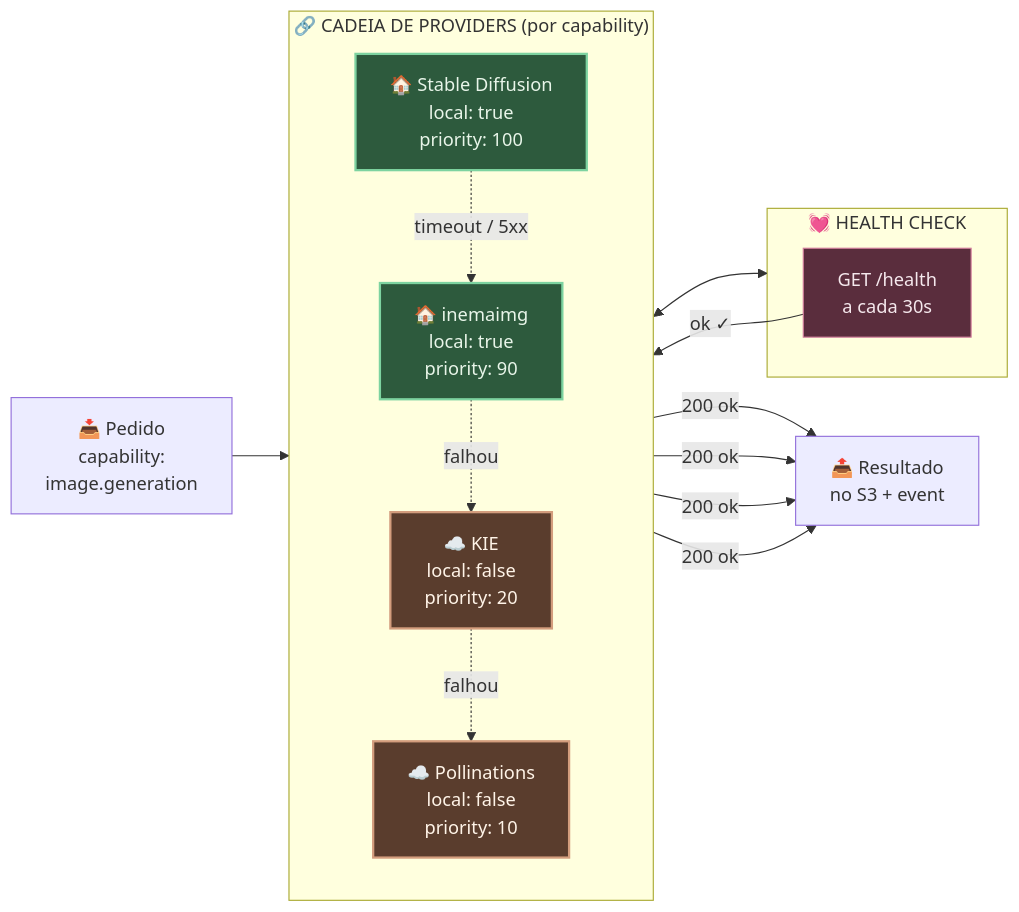
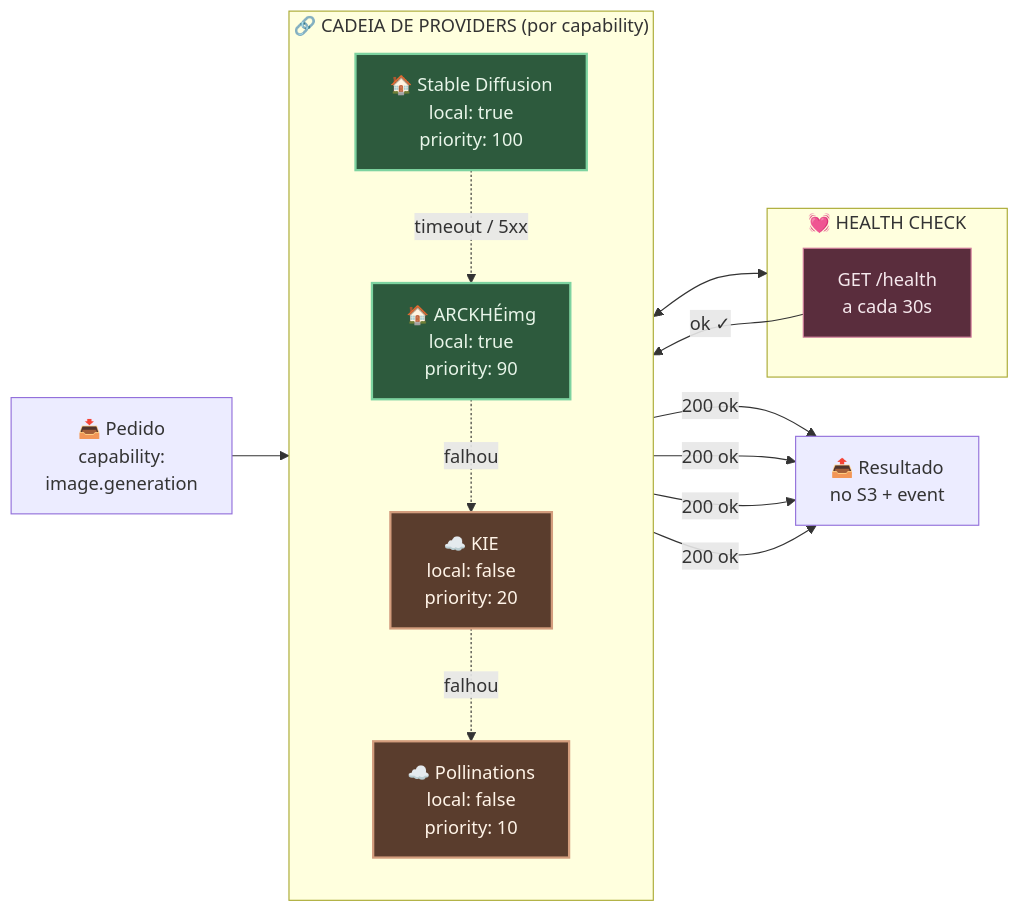
The diagram in doc/diagrams/02-provider-chain.mmd (linnoff88-dev/arckhe-imkt5), drawn with Mermaid before and after one commit. The commit also changed 100 other files, not shown here.

```diff
--- a/doc/diagrams/02-provider-chain.mmd
+++ b/doc/diagrams/02-provider-chain.mmd
@@ -1,36 +1,36 @@
 flowchart LR
     Req["📥 Pedido<br/>capability:<br/>image.generation"]
 
     subgraph Chain["🔗 CADEIA DE PROVIDERS (por capability)"]
         direction TB
         P1["🏠 Stable Diffusion<br/>local: true<br/>priority: 100"]
-        P2["🏠 inemaimg<br/>local: true<br/>priority: 90"]
+        P2["🏠 ARCKHÉimg<br/>local: true<br/>priority: 90"]
         P3["☁️ KIE<br/>local: false<br/>priority: 20"]
         P4["☁️ Pollinations<br/>local: false<br/>priority: 10"]
     end
 
     subgraph HC["💓 HEALTH CHECK"]
         H["GET /health<br/>a cada 30s"]
     end
 
     Out["📤 Resultado<br/>no S3 + event"]
 
     Req --> Chain
     Chain <--> HC
 
     H -->|"ok ✓"| P1
     P1 -->|"200 ok"| Out
     P1 -.->|"timeout / 5xx"| P2
     P2 -->|"200 ok"| Out
     P2 -.->|"falhou"| P3
     P3 -->|"200 ok"| Out
     P3 -.->|"falhou"| P4
     P4 -->|"200 ok"| Out
 
     classDef local fill:#2d5a3d,stroke:#7dd3a0,color:#e8f5e9,stroke-width:2px
     classDef remote fill:#5a3d2d,stroke:#d39d7d,color:#fff4e8,stroke-width:2px
     classDef hc fill:#5a2d3d,stroke:#d37d9d,color:#f5e8ed
 
     class P1,P2 local
     class P3,P4 remote
     class H hc
```
